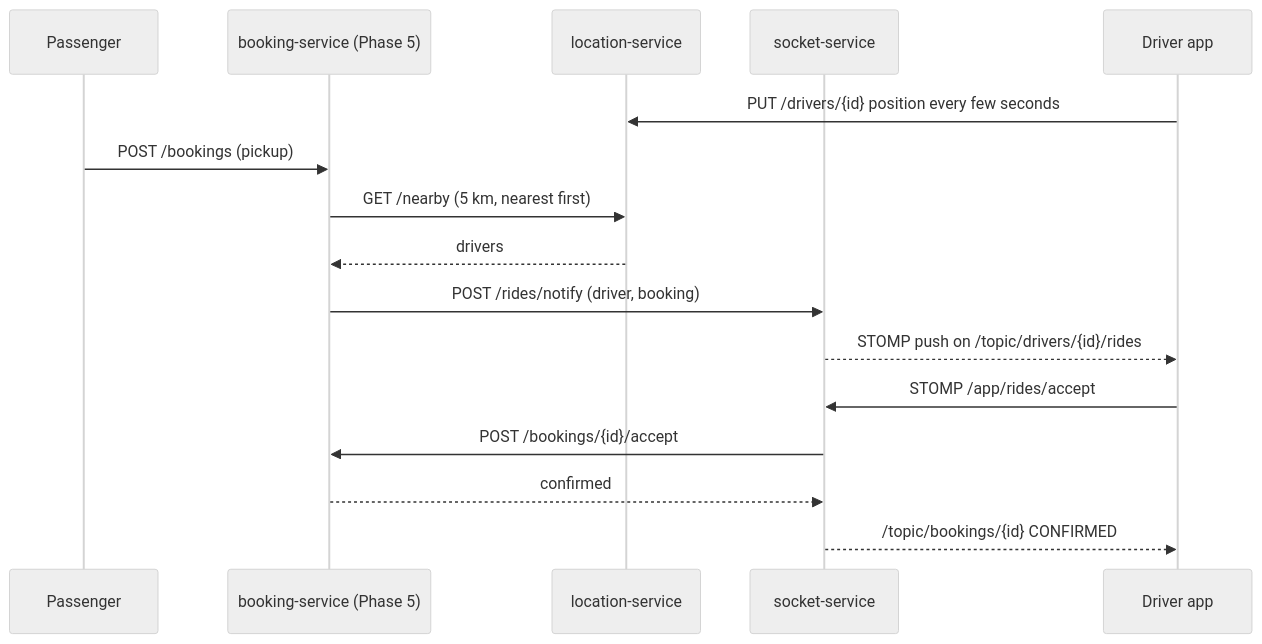
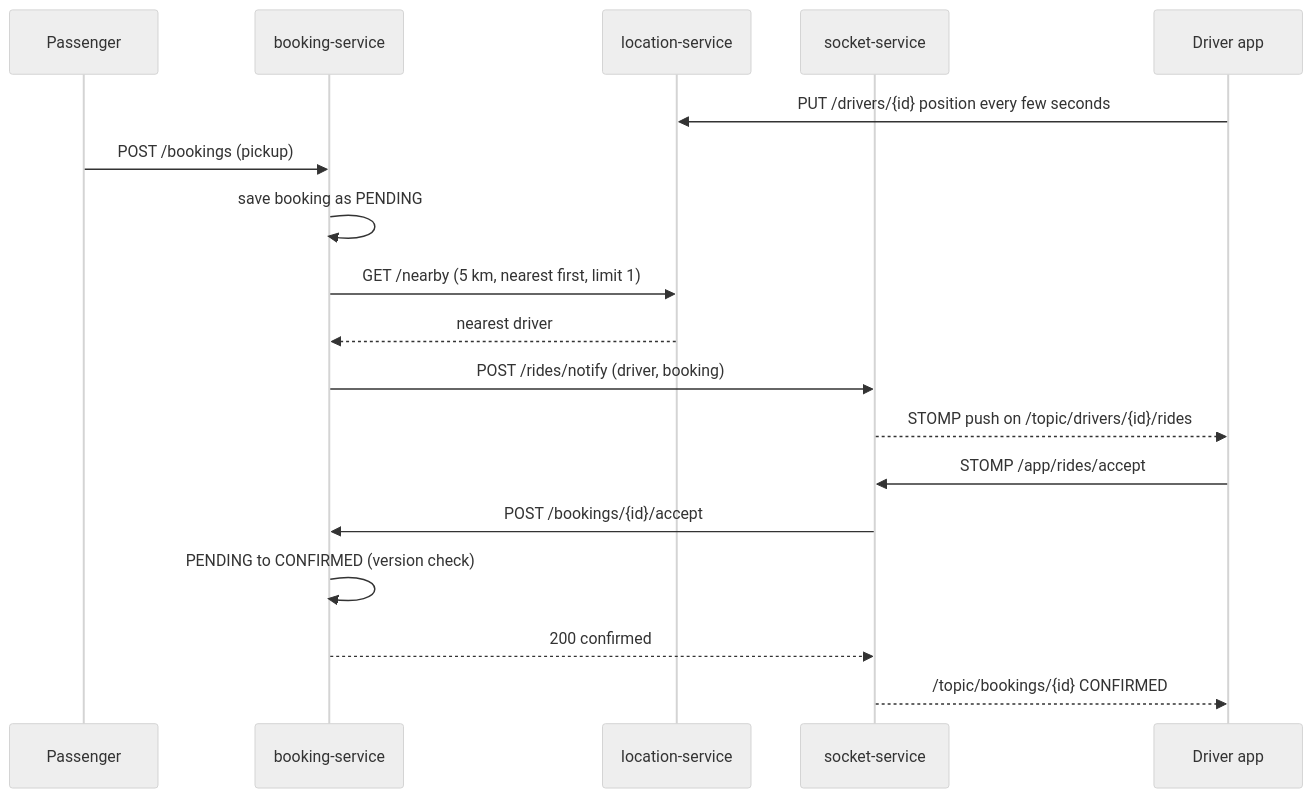
The fourth of 5 diagrams in docs/HLD.md (piyush932/uber-ride-platform), drawn with Mermaid (neutral theme) before and after one commit. The commit also changed other lines of this file and 4 other files, not shown here.

Commit message:
Fix booking-service build (LocalDateTime, entity scan, JPA auditing); add booking to start-all; update README and HLD for Phase 5

````diff
--- a/docs/HLD.md
+++ b/docs/HLD.md
@@ -85,19 +94,21 @@
 ```mermaid
 sequenceDiagram
     participant P as Passenger
-    participant B as booking-service (Phase 5)
+    participant B as booking-service
     participant L as location-service
     participant S as socket-service
     participant D as Driver app
 
     D->>L: PUT /drivers/{id} position every few seconds
     P->>B: POST /bookings (pickup)
-    B->>L: GET /nearby (5 km, nearest first)
-    L-->>B: drivers
+    B->>B: save booking as PENDING
+    B->>L: GET /nearby (5 km, nearest first, limit 1)
+    L-->>B: nearest driver
     B->>S: POST /rides/notify (driver, booking)
     S-->>D: STOMP push on /topic/drivers/{id}/rides
     D->>S: STOMP /app/rides/accept
     S->>B: POST /bookings/{id}/accept
-    B-->>S: confirmed
+    B->>B: PENDING to CONFIRMED (version check)
+    B-->>S: 200 confirmed
     S-->>D: /topic/bookings/{id} CONFIRMED
 ```
````
